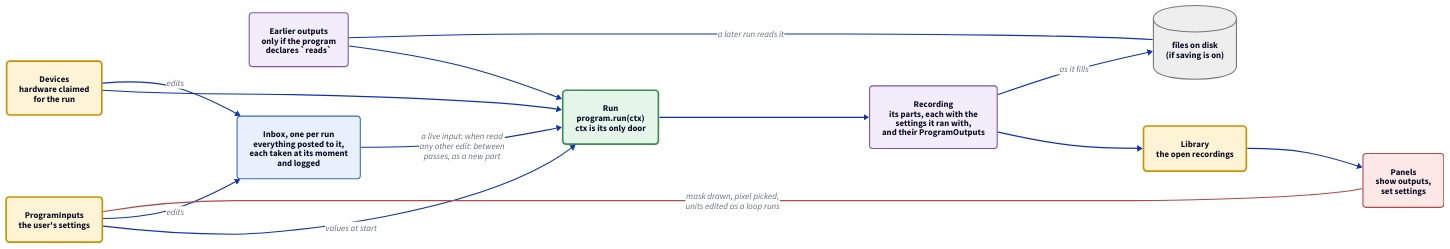
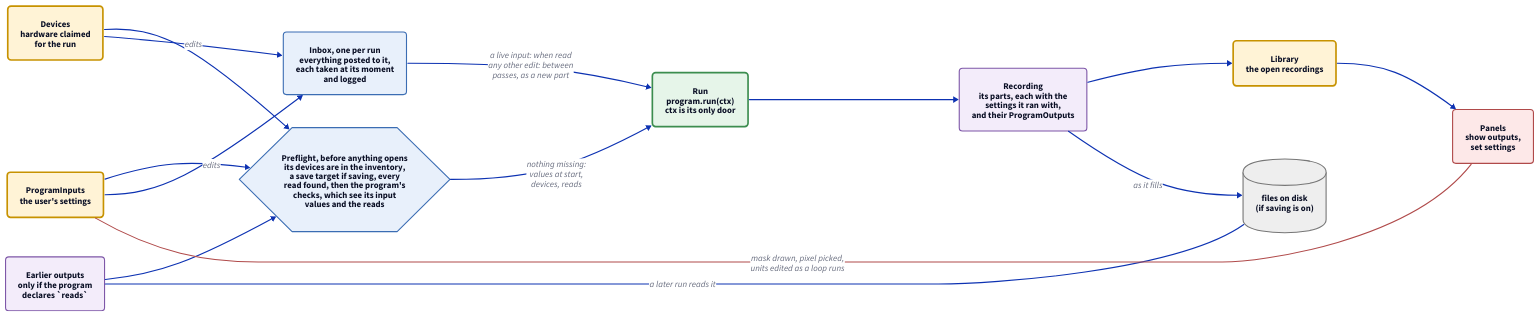
Before and after one commit to FishyIshyFishy/pyrpoc: the diagram in docs/diagrams/core.d2, drawn with D2. The commit also changed 35 other files, not shown here.

```diff
--- a/docs/diagrams/core.d2
+++ b/docs/diagrams/core.d2
@@ -1,39 +1,43 @@
 # Board 1 of 2: what flows into a program and what comes out. See nouns.d2 for the nouns.
 direction: right
 
 classes: {
   coll: {style: {fill: "#fff3d6"; stroke: "#c79200"; stroke-width: 3; border-radius: 6}}
   prog: {style: {fill: "#e6f5e9"; stroke: "#3c8d4f"; stroke-width: 3; border-radius: 6}}
   inbox: {style: {fill: "#e8f0fb"; stroke: "#3b6db3"; stroke-width: 2; border-radius: 6}}
   val: {style: {fill: "#f3ecfa"; stroke: "#7e57a8"; border-radius: 6}}
   view: {style: {fill: "#fde8e8"; stroke: "#b04a4a"; border-radius: 6}}
   disk: {shape: cylinder; style: {fill: "#eeeeee"; stroke: "#777777"}}
+  check: {shape: hexagon; style: {fill: "#e8f0fb"; stroke: "#3b6db3"}}
 }
 
 settings: "ProgramInputs\nthe user's settings" {class: coll}
 devices: "Devices\nhardware claimed\nfor the run" {class: coll}
 earlier: "Earlier outputs\nonly if the program\ndeclares `reads`" {class: val}
 
 inbox: "Inbox, one per run\neverything posted to it,\neach taken at its moment\nand logged" {class: inbox}
 
+preflight: "Preflight, before anything opens\nits devices are in the inventory,\na save target if saving, every\nread found, then the program's\nchecks, which see its input\nvalues and the reads" {class: check}
+
 run: "Run\nprogram.run(ctx)\nctx is its only door" {class: prog}
 
 recording: "Recording\nits parts, each with the\nsettings it ran with,\nand their ProgramOutputs" {class: val}
 library: "Library\nthe open recordings" {class: coll}
 files: "files on disk\n(if saving is on)" {class: disk}
 panels: "Panels\nshow outputs,\nset settings" {class: view}
 
-settings -> run: "values at start"
-devices -> run
-earlier -> run
+settings -> preflight
+devices -> preflight
+earlier -> preflight
+preflight -> run: "nothing missing:\nvalues at start,\ndevices, reads"
 
 settings -> inbox: "edits"
 devices -> inbox: "edits"
 inbox -> run: "a live input: when read\nany other edit: between\npasses, as a new part"
 
 run -> recording
 recording -> library
 recording -> files: "as it fills"
 earlier -- files: "a later run reads it" {source-arrowhead.shape: triangle}
 library -> panels
 settings -- panels: "mask drawn, pixel picked,\nunits edited as a loop runs" {source-arrowhead.shape: triangle; style.stroke: "#b04a4a"}
```
